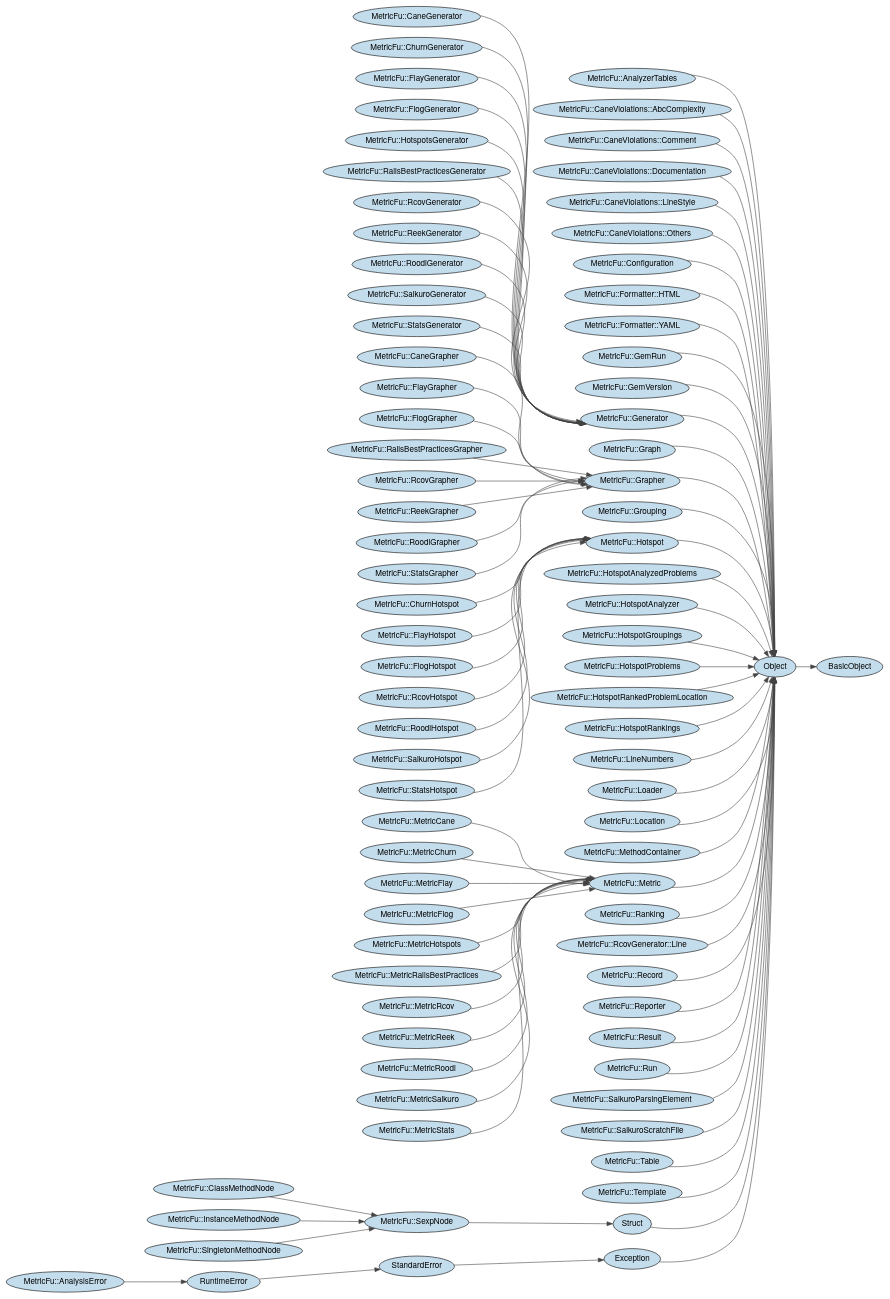
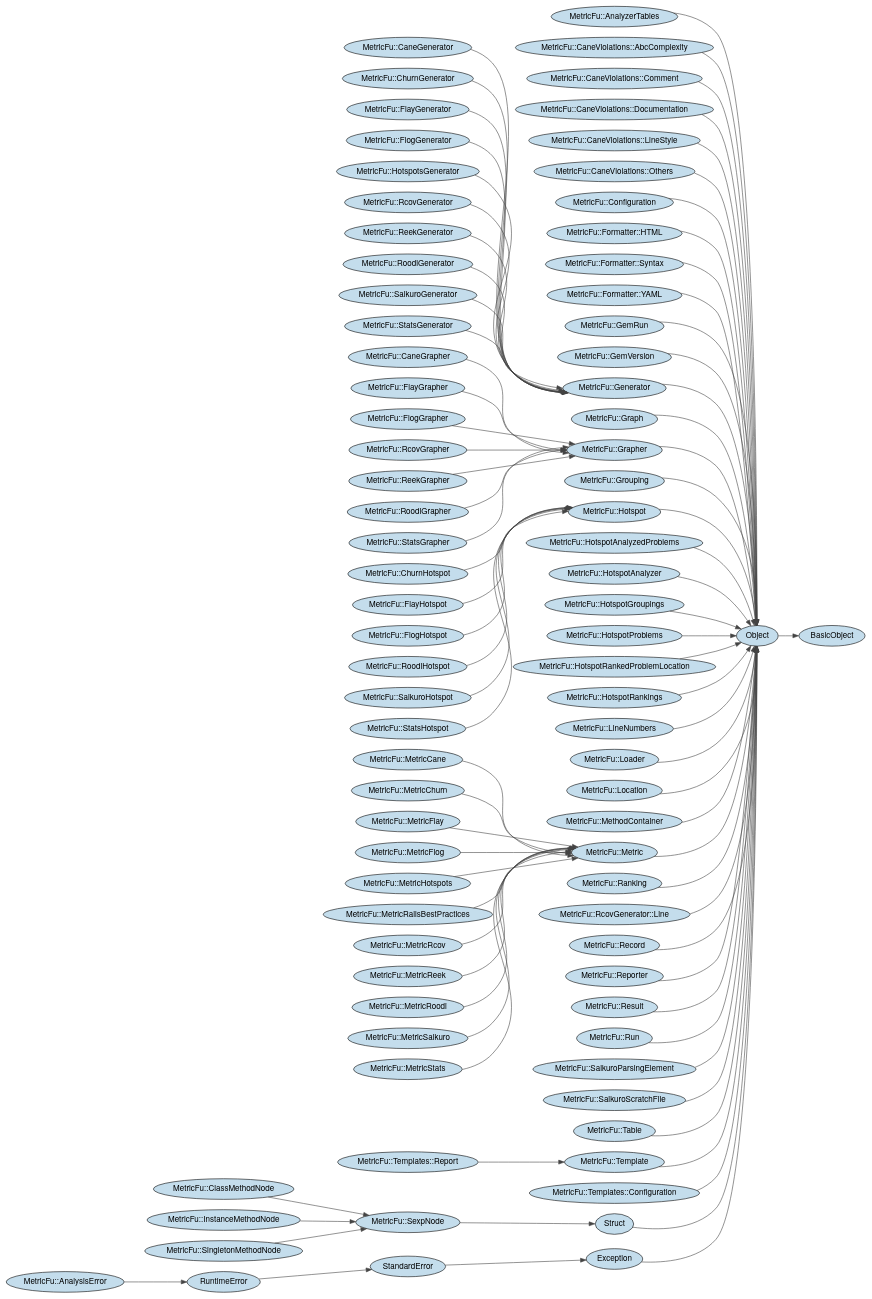
One commit to wata727/metric_fu changed the diagram in etc/erd.dot. Above: the diagram before and after it, drawn with Graphviz. The commit also changed 1 other file, not shown here.

Commit message:
Update erd following 4.7.0 release

```diff
--- a/etc/erd.dot
+++ b/etc/erd.dot
@@ -1,173 +1,173 @@
 digraph classes {
 	graph [rotate=0, rankdir="LR"]
-	node [fillcolor="#c4ddec", style="filled", fontname="Helvetica Neue"]
+	node [fillcolor="#c4ddec", style="filled", fontname="HelveticaNeue"]
 	edge [color="#444444"]
 	Exception [label="Exception"]
 	MetricFu__AnalysisError [label="MetricFu::AnalysisError"]
 	MetricFu__AnalyzerTables [label="MetricFu::AnalyzerTables"]
 	MetricFu__CaneGenerator [label="MetricFu::CaneGenerator"]
 	MetricFu__CaneGrapher [label="MetricFu::CaneGrapher"]
 	MetricFu__CaneViolations__AbcComplexity [label="MetricFu::CaneViolations::AbcComplexity"]
 	MetricFu__CaneViolations__Comment [label="MetricFu::CaneViolations::Comment"]
 	MetricFu__CaneViolations__Documentation [label="MetricFu::CaneViolations::Documentation"]
 	MetricFu__CaneViolations__LineStyle [label="MetricFu::CaneViolations::LineStyle"]
 	MetricFu__CaneViolations__Others [label="MetricFu::CaneViolations::Others"]
 	MetricFu__ChurnGenerator [label="MetricFu::ChurnGenerator"]
 	MetricFu__ChurnHotspot [label="MetricFu::ChurnHotspot"]
 	MetricFu__ClassMethodNode [label="MetricFu::ClassMethodNode"]
 	MetricFu__Configuration [label="MetricFu::Configuration"]
 	MetricFu__FlayGenerator [label="MetricFu::FlayGenerator"]
 	MetricFu__FlayGrapher [label="MetricFu::FlayGrapher"]
 	MetricFu__FlayHotspot [label="MetricFu::FlayHotspot"]
 	MetricFu__FlogGenerator [label="MetricFu::FlogGenerator"]
 	MetricFu__FlogGrapher [label="MetricFu::FlogGrapher"]
 	MetricFu__FlogHotspot [label="MetricFu::FlogHotspot"]
 	MetricFu__Formatter__HTML [label="MetricFu::Formatter::HTML"]
+	MetricFu__Formatter__Syntax [label="MetricFu::Formatter::Syntax"]
 	MetricFu__Formatter__YAML [label="MetricFu::Formatter::YAML"]
 	MetricFu__GemRun [label="MetricFu::GemRun"]
 	MetricFu__GemVersion [label="MetricFu::GemVersion"]
 	MetricFu__Generator [label="MetricFu::Generator"]
 	MetricFu__Graph [label="MetricFu::Graph"]
 	MetricFu__Grapher [label="MetricFu::Grapher"]
 	MetricFu__Grouping [label="MetricFu::Grouping"]
 	MetricFu__Hotspot [label="MetricFu::Hotspot"]
 	MetricFu__HotspotAnalyzedProblems [label="MetricFu::HotspotAnalyzedProblems"]
 	MetricFu__HotspotAnalyzer [label="MetricFu::HotspotAnalyzer"]
 	MetricFu__HotspotGroupings [label="MetricFu::HotspotGroupings"]
 	MetricFu__HotspotProblems [label="MetricFu::HotspotProblems"]
 	MetricFu__HotspotRankedProblemLocation [label="MetricFu::HotspotRankedProblemLocation"]
 	MetricFu__HotspotRankings [label="MetricFu::HotspotRankings"]
 	MetricFu__HotspotsGenerator [label="MetricFu::HotspotsGenerator"]
 	MetricFu__InstanceMethodNode [label="MetricFu::InstanceMethodNode"]
 	MetricFu__LineNumbers [label="MetricFu::LineNumbers"]
 	MetricFu__Loader [label="MetricFu::Loader"]
 	MetricFu__Location [label="MetricFu::Location"]
 	MetricFu__MethodContainer [label="MetricFu::MethodContainer"]
 	MetricFu__Metric [label="MetricFu::Metric"]
 	MetricFu__MetricCane [label="MetricFu::MetricCane"]
 	MetricFu__MetricChurn [label="MetricFu::MetricChurn"]
 	MetricFu__MetricFlay [label="MetricFu::MetricFlay"]
 	MetricFu__MetricFlog [label="MetricFu::MetricFlog"]
 	MetricFu__MetricHotspots [label="MetricFu::MetricHotspots"]
 	MetricFu__MetricRailsBestPractices [label="MetricFu::MetricRailsBestPractices"]
 	MetricFu__MetricRcov [label="MetricFu::MetricRcov"]
 	MetricFu__MetricReek [label="MetricFu::MetricReek"]
 	MetricFu__MetricRoodi [label="MetricFu::MetricRoodi"]
 	MetricFu__MetricSaikuro [label="MetricFu::MetricSaikuro"]
 	MetricFu__MetricStats [label="MetricFu::MetricStats"]
-	MetricFu__RailsBestPracticesGenerator [label="MetricFu::RailsBestPracticesGenerator"]
-	MetricFu__RailsBestPracticesGrapher [label="MetricFu::RailsBestPracticesGrapher"]
 	MetricFu__Ranking [label="MetricFu::Ranking"]
 	MetricFu__RcovGenerator [label="MetricFu::RcovGenerator"]
 	MetricFu__RcovGenerator__Line [label="MetricFu::RcovGenerator::Line"]
 	MetricFu__RcovGrapher [label="MetricFu::RcovGrapher"]
-	MetricFu__RcovHotspot [label="MetricFu::RcovHotspot"]
 	MetricFu__Record [label="MetricFu::Record"]
 	MetricFu__ReekGenerator [label="MetricFu::ReekGenerator"]
 	MetricFu__ReekGrapher [label="MetricFu::ReekGrapher"]
 	MetricFu__Reporter [label="MetricFu::Reporter"]
 	MetricFu__Result [label="MetricFu::Result"]
 	MetricFu__RoodiGenerator [label="MetricFu::RoodiGenerator"]
 	MetricFu__RoodiGrapher [label="MetricFu::RoodiGrapher"]
 	MetricFu__RoodiHotspot [label="MetricFu::RoodiHotspot"]
 	MetricFu__Run [label="MetricFu::Run"]
 	MetricFu__SaikuroGenerator [label="MetricFu::SaikuroGenerator"]
 	MetricFu__SaikuroHotspot [label="MetricFu::SaikuroHotspot"]
 	MetricFu__SaikuroParsingElement [label="MetricFu::SaikuroParsingElement"]
 	MetricFu__SaikuroScratchFile [label="MetricFu::SaikuroScratchFile"]
 	MetricFu__SexpNode [label="MetricFu::SexpNode"]
 	MetricFu__SingletonMethodNode [label="MetricFu::SingletonMethodNode"]
 	MetricFu__StatsGenerator [label="MetricFu::StatsGenerator"]
 	MetricFu__StatsGrapher [label="MetricFu::StatsGrapher"]
 	MetricFu__StatsHotspot [label="MetricFu::StatsHotspot"]
 	MetricFu__Table [label="MetricFu::Table"]
 	MetricFu__Template [label="MetricFu::Template"]
+	MetricFu__Templates__Configuration [label="MetricFu::Templates::Configuration"]
+	MetricFu__Templates__Report [label="MetricFu::Templates::Report"]
 	Object [label="Object"]
 	RuntimeError [label="RuntimeError"]
 	StandardError [label="StandardError"]
 	Struct [label="Struct"]
 	Exception -> Object
 	MetricFu__AnalysisError -> RuntimeError
 	MetricFu__AnalyzerTables -> Object
 	MetricFu__CaneGenerator -> MetricFu__Generator
 	MetricFu__CaneGrapher -> MetricFu__Grapher
 	MetricFu__CaneViolations__AbcComplexity -> Object
 	MetricFu__CaneViolations__Comment -> Object
 	MetricFu__CaneViolations__Documentation -> Object
 	MetricFu__CaneViolations__LineStyle -> Object
 	MetricFu__CaneViolations__Others -> Object
 	MetricFu__ChurnGenerator -> MetricFu__Generator
 	MetricFu__ChurnHotspot -> MetricFu__Hotspot
 	MetricFu__ClassMethodNode -> MetricFu__SexpNode
 	MetricFu__Configuration -> Object
 	MetricFu__FlayGenerator -> MetricFu__Generator
 	MetricFu__FlayGrapher -> MetricFu__Grapher
 	MetricFu__FlayHotspot -> MetricFu__Hotspot
 	MetricFu__FlogGenerator -> MetricFu__Generator
 	MetricFu__FlogGrapher -> MetricFu__Grapher
 	MetricFu__FlogHotspot -> MetricFu__Hotspot
 	MetricFu__Formatter__HTML -> Object
+	MetricFu__Formatter__Syntax -> Object
 	MetricFu__Formatter__YAML -> Object
 	MetricFu__GemRun -> Object
 	MetricFu__GemVersion -> Object
 	MetricFu__Generator -> Object
 	MetricFu__Graph -> Object
 	MetricFu__Grapher -> Object
 	MetricFu__Grouping -> Object
 	MetricFu__Hotspot -> Object
 	MetricFu__HotspotAnalyzedProblems -> Object
 	MetricFu__HotspotAnalyzer -> Object
 	MetricFu__HotspotGroupings -> Object
 	MetricFu__HotspotProblems -> Object
 	MetricFu__HotspotRankedProblemLocation -> Object
 	MetricFu__HotspotRankings -> Object
 	MetricFu__HotspotsGenerator -> MetricFu__Generator
 	MetricFu__InstanceMethodNode -> MetricFu__SexpNode
 	MetricFu__LineNumbers -> Object
 	MetricFu__Loader -> Object
 	MetricFu__Location -> Object
 	MetricFu__MethodContainer -> Object
 	MetricFu__Metric -> Object
 	MetricFu__MetricCane -> MetricFu__Metric
 	MetricFu__MetricChurn -> MetricFu__Metric
 	MetricFu__MetricFlay -> MetricFu__Metric
 	MetricFu__MetricFlog -> MetricFu__Metric
 	MetricFu__MetricHotspots -> MetricFu__Metric
 	MetricFu__MetricRailsBestPractices -> MetricFu__Metric
 	MetricFu__MetricRcov -> MetricFu__Metric
 	MetricFu__MetricReek -> MetricFu__Metric
 	MetricFu__MetricRoodi -> MetricFu__Metric
 	MetricFu__MetricSaikuro -> MetricFu__Metric
 	MetricFu__MetricStats -> MetricFu__Metric
-	MetricFu__RailsBestPracticesGenerator -> MetricFu__Generator
-	MetricFu__RailsBestPracticesGrapher -> MetricFu__Grapher
 	MetricFu__Ranking -> Object
 	MetricFu__RcovGenerator -> MetricFu__Generator
 	MetricFu__RcovGenerator__Line -> Object
 	MetricFu__RcovGrapher -> MetricFu__Grapher
-	MetricFu__RcovHotspot -> MetricFu__Hotspot
 	MetricFu__Record -> Object
 	MetricFu__ReekGenerator -> MetricFu__Generator
 	MetricFu__ReekGrapher -> MetricFu__Grapher
 	MetricFu__Reporter -> Object
 	MetricFu__Result -> Object
 	MetricFu__RoodiGenerator -> MetricFu__Generator
 	MetricFu__RoodiGrapher -> MetricFu__Grapher
 	MetricFu__RoodiHotspot -> MetricFu__Hotspot
 	MetricFu__Run -> Object
 	MetricFu__SaikuroGenerator -> MetricFu__Generator
 	MetricFu__SaikuroHotspot -> MetricFu__Hotspot
 	MetricFu__SaikuroParsingElement -> Object
 	MetricFu__SaikuroScratchFile -> Object
 	MetricFu__SexpNode -> Struct
 	MetricFu__SingletonMethodNode -> MetricFu__SexpNode
 	MetricFu__StatsGenerator -> MetricFu__Generator
 	MetricFu__StatsGrapher -> MetricFu__Grapher
 	MetricFu__StatsHotspot -> MetricFu__Hotspot
 	MetricFu__Table -> Object
 	MetricFu__Template -> Object
+	MetricFu__Templates__Configuration -> Object
+	MetricFu__Templates__Report -> MetricFu__Template
 	Object -> BasicObject
 	RuntimeError -> StandardError
 	StandardError -> Exception
 	Struct -> Object
 }
```
